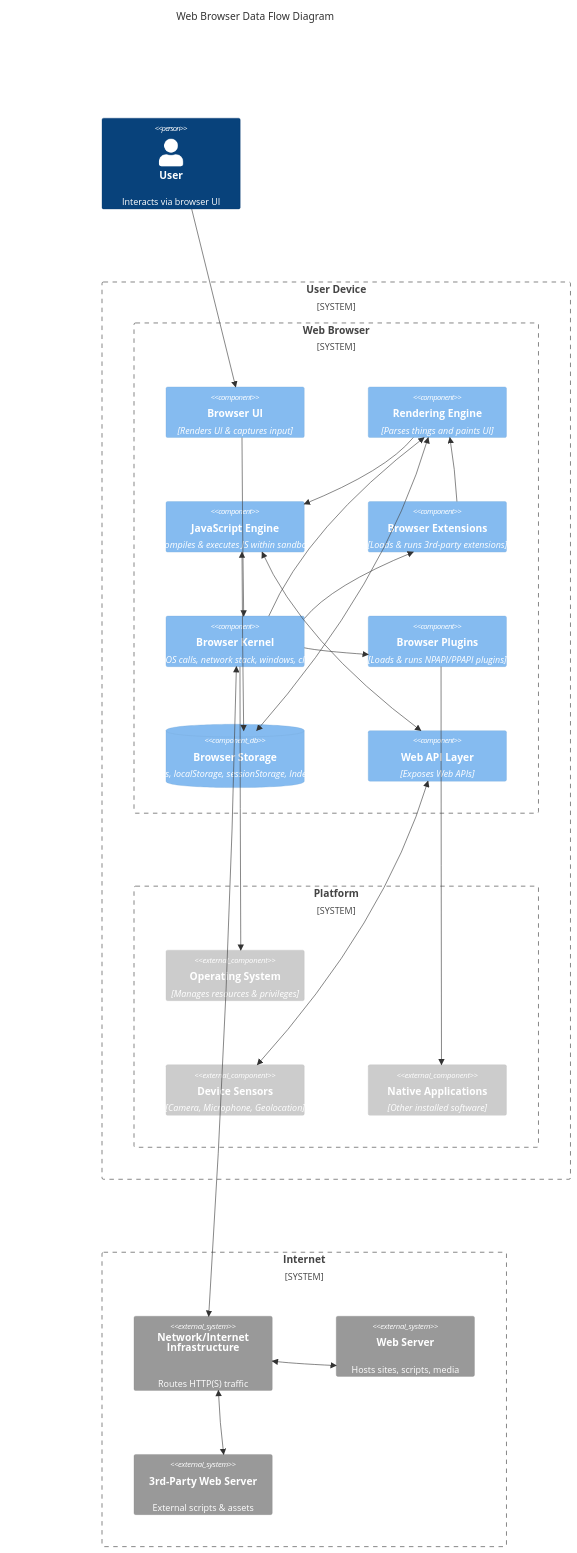
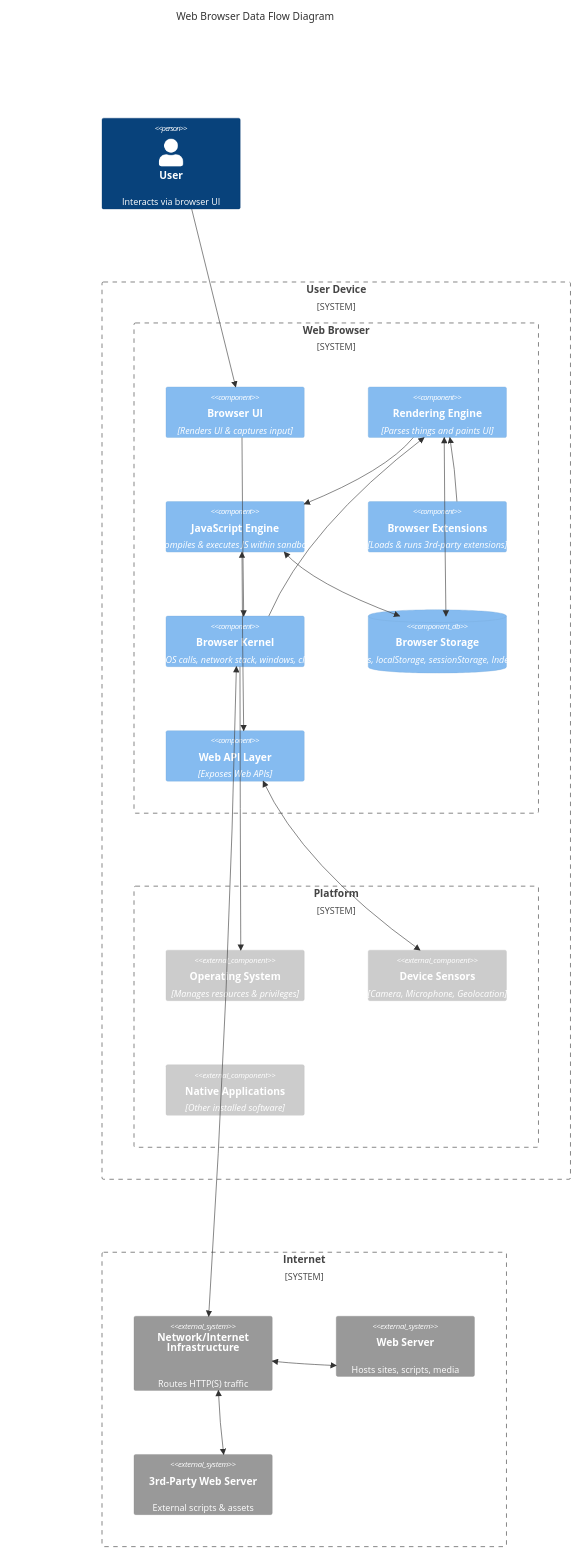
One commit to w3c/threat-model-web changed the diagram in index.md. Above: the diagram before and after it, drawn with Mermaid. The commit also changed other lines of this file, not shown here.

````diff
--- a/index.md
+++ b/index.md
@@ -101,52 +100,48 @@
 ```mermaid
 %%{init: {'theme': 'base'}}%%
 C4Component
 title Web Browser Data Flow Diagram
 
 Person(user, "User", "Interacts via browser UI")
 
 System_Boundary(userDevice, "User Device") {
 
   System_Boundary(webBrowser, "Web Browser") {
     Component(webBrowserUI, "Browser UI", "Renders UI & captures input")
     Component(renderEngine, "Rendering Engine", "Parses things and paints UI")
     Component(jsInterpreter, "JavaScript Engine", "Compiles & executes JS within sandbox")
     Component(browserExtensions, "Browser Extensions", "Loads & runs 3rd-party extensions")
     Component(browserKernel, "Browser Kernel", "Manages OS calls, network stack, windows, clipboard...")
-    Component(browserPlugins, "Browser Plugins", "Loads & runs NPAPI/PPAPI plugins")
     ComponentDb(browserStorage, "Browser Storage", "Cookies, localStorage, sessionStorage, IndexedDB")
     Component(webAPI, "Web API Layer", "Exposes Web APIs")
   }
   System_Boundary(platform, "Platform") {
     Component_Ext(os, "Operating System", "Manages resources & privileges")
     Component_Ext(deviceSensors, "Device Sensors", "Camera, Microphone, Geolocation")
     Component_Ext(nativeApps, "Native Applications", "Other installed software")
   }
 }
 
 System_Boundary(internet, "Internet") {
   System_Ext(network, "Network/Internet<br/>Infrastructure", "Routes HTTP(S) traffic")
   System_Ext(webServer, "Web Server", "Hosts sites, scripts, media")
   System_Ext(webServer3rd, "3rd-Party Web Server", "External scripts & assets")
 }
 
 Rel(user, webBrowserUI, "")
 Rel(webBrowserUI, browserKernel, "")
 BiRel(browserKernel, network, "")
 Rel(browserKernel, renderEngine, "")
 Rel(renderEngine, jsInterpreter, "")
 BiRel(jsInterpreter, webAPI, "")
 BiRel(jsInterpreter, browserStorage, "")
 BiRel(renderEngine, browserStorage, "")
 Rel(browserKernel, os, "")
 BiRel(webAPI, deviceSensors, "")
 BiRel(browserKernel, network, "")
 BiRel(network, webServer, "")
 BiRel(network, webServer3rd, "")
-Rel(browserKernel, browserExtensions, "")
 Rel(browserExtensions, renderEngine, "")
-Rel(browserKernel, browserPlugins, "")
-Rel(browserPlugins, nativeApps, "")
 
 UpdateLayoutConfig($c4ShapeInRow="3", $c4BoundaryInRow="1")
 ```
````
